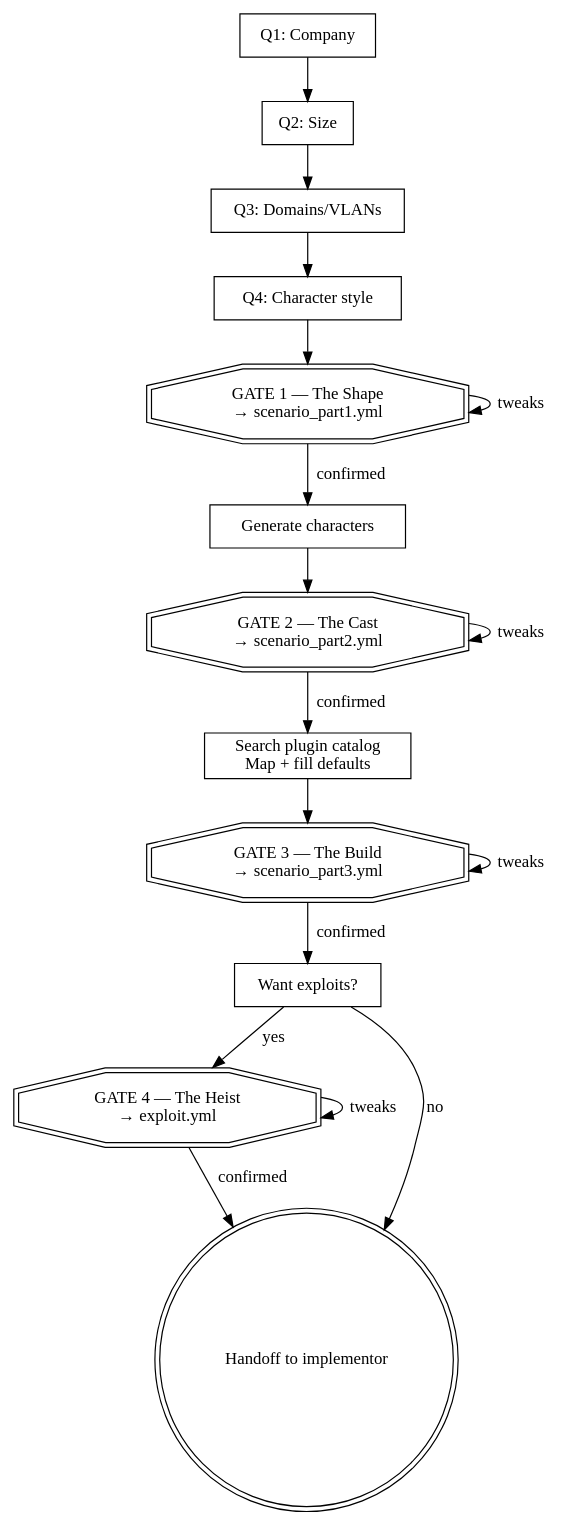
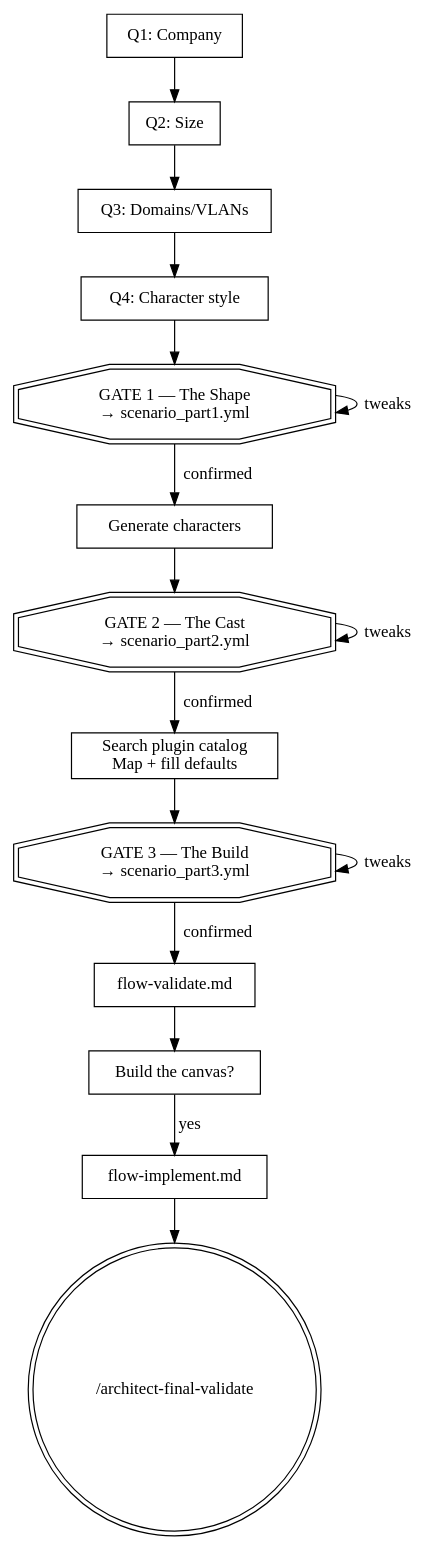
The diagram in plugins/rogue-build-scenario/skills/architect-freeform/refs/brainstorm-reference.md (rogue-labs-cyber/rogue-arena-mcp), drawn with Graphviz before and after one commit. The commit also changed other lines of this file and 148 other files, not shown here.

First line of the commit message:
v1.4.3 — rogue-build-scenario v2.2.3: one brainstorm flow, drop exploit-path skills

````diff
--- a/plugins/rogue-build-scenario/skills/architect-freeform/refs/brainstorm-reference.md
+++ b/plugins/rogue-build-scenario/skills/architect-freeform/refs/brainstorm-reference.md
@@ -220,33 +193,33 @@
 ```dot
 digraph brainstorm {
     rankdir=TB;
     node [shape=box];
 
     q1 [label="Q1: Company"];
     q2 [label="Q2: Size"];
     q3 [label="Q3: Domains/VLANs"];
     q4 [label="Q4: Character style"];
     gate1 [label="GATE 1 — The Shape\n→ scenario_part1.yml" shape=doubleoctagon];
     chars [label="Generate characters"];
     gate2 [label="GATE 2 — The Cast\n→ scenario_part2.yml" shape=doubleoctagon];
     plugins [label="Search plugin catalog\nMap + fill defaults"];
     gate3 [label="GATE 3 — The Build\n→ scenario_part3.yml" shape=doubleoctagon];
-    q5 [label="Want exploits?"];
-    gate4 [label="GATE 4 — The Heist\n→ exploit.yml" shape=doubleoctagon];
-    handoff [label="Handoff to implementor" shape=doublecircle];
+    validate [label="flow-validate.md"];
+    confirm [label="Build the canvas?"];
+    implement [label="flow-implement.md"];
+    finalv [label="/architect-final-validate" shape=doublecircle];
 
     q1 -> q2 -> q3 -> q4 -> gate1;
     gate1 -> gate1 [label="tweaks"];
     gate1 -> chars [label="confirmed"];
     chars -> gate2;
     gate2 -> gate2 [label="tweaks"];
     gate2 -> plugins [label="confirmed"];
     plugins -> gate3;
     gate3 -> gate3 [label="tweaks"];
-    gate3 -> q5 [label="confirmed"];
-    q5 -> gate4 [label="yes"];
-    q5 -> handoff [label="no"];
-    gate4 -> gate4 [label="tweaks"];
-    gate4 -> handoff [label="confirmed"];
+    gate3 -> validate [label="confirmed"];
+    validate -> confirm;
+    confirm -> implement [label="yes"];
+    implement -> finalv;
 }
 ```
````
